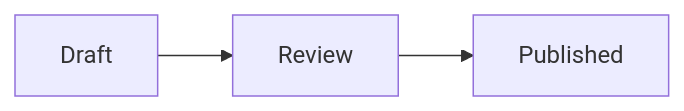
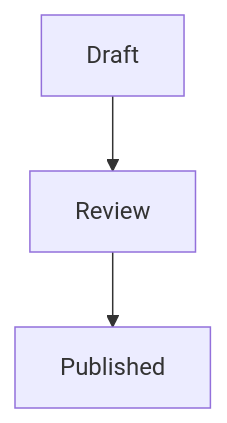
The diagram in website/content/diagram.comp.md (comp-markdown/compmd), drawn with Mermaid before and after one commit. The commit also changed other lines of this file and 4 other files, not shown here.

Commit message:
website: the landing page's code renderer is minimermaid drawn by hand, from a component file; minimermaid sizes each box to its label

````diff
--- a/website/content/diagram.comp.md
+++ b/website/content/diagram.comp.md
@@ -16,3 +14,3 @@
 ```mermaid {alt="Draft, then review, then published"}
-graph LR; Draft --> Review --> Published
+graph TD; Draft --> Review --> Published
 ```
````
